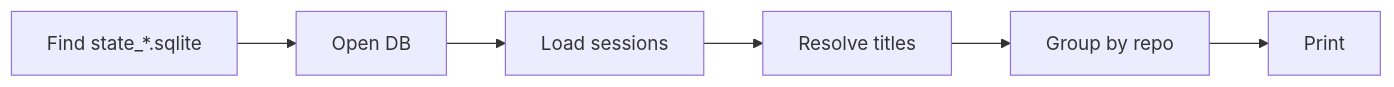
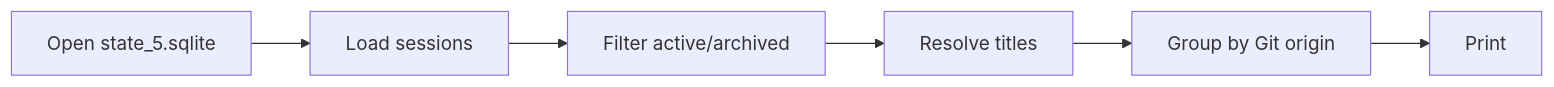
The fifth of 6 diagrams in docs/architecture.md (lemonbu5h/dexcow), drawn with Mermaid before and after one commit. The commit also changed other lines of this file and 30 other files, not shown here.

````diff
--- a/docs/architecture.md
+++ b/docs/architecture.md
@@ -48,8 +62,8 @@
 ```mermaid
 flowchart LR
-  A["Find state_*.sqlite"] --> B["Open DB"]
-  B --> C["Load sessions"]
-  C --> D["Resolve titles"]
-  D --> E["Group by repo"]
-  E --> F["Print"]
+  A["Open state_5.sqlite"] --> B["Load sessions"]
+  B --> D["Filter active/archived"]
+  D --> E["Resolve titles"]
+  E --> H["Group by Git origin"]
+  H --> F["Print"]
 ```
````
